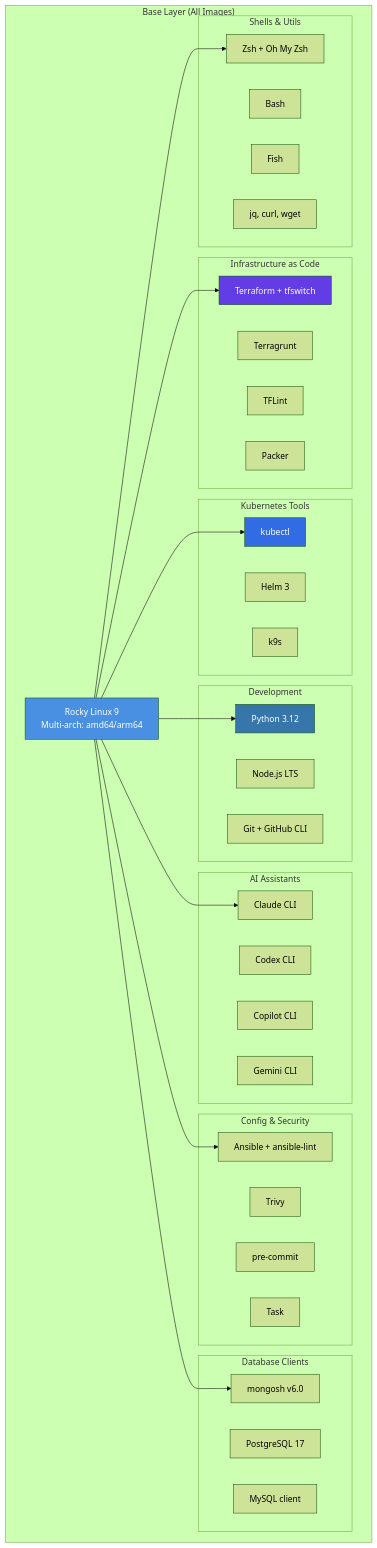
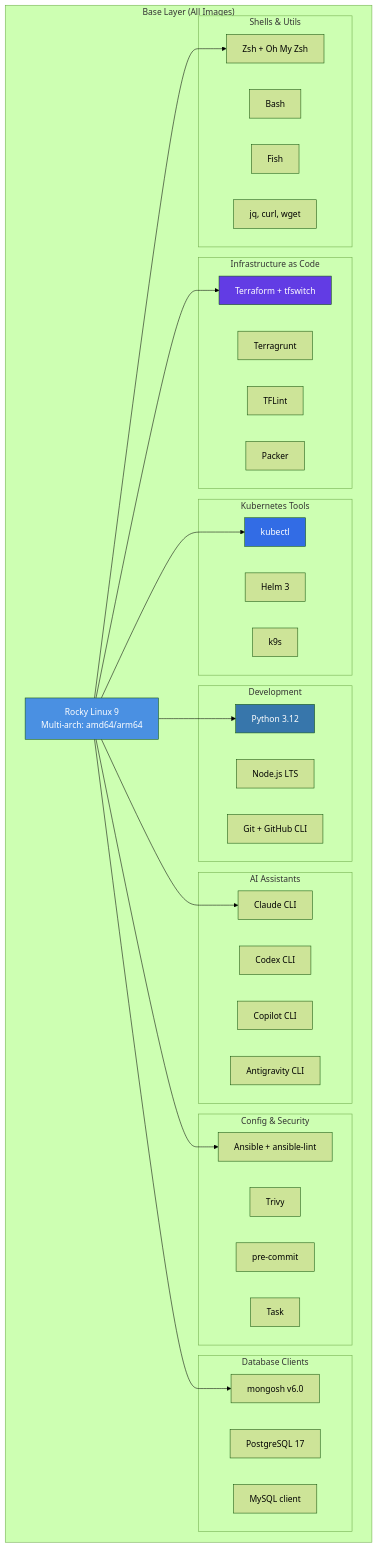
Before and after one commit to jinalshah/devops-images: the first of 3 diagrams in docs/architecture/index.md, drawn with Mermaid (forest theme). The commit also changed other lines of this file and 16 other files, not shown here.

Commit message:
Add nmap and antigravity cli

````diff
--- a/docs/architecture/index.md
+++ b/docs/architecture/index.md
@@ -11,59 +11,59 @@
 ```mermaid
 graph TB
     subgraph "Base Layer (All Images)"
         RL[Rocky Linux 9<br/>Multi-arch: amd64/arm64]
 
         subgraph "Infrastructure as Code"
             TF[Terraform + tfswitch]
             TG[Terragrunt]
             TFL[TFLint]
             PK[Packer]
         end
 
         subgraph "Kubernetes Tools"
             KB[kubectl]
             HM[Helm 3]
             K9[k9s]
         end
 
         subgraph "Development"
             PY[Python 3.12]
             ND[Node.js LTS]
             GT[Git + GitHub CLI]
         end
 
         subgraph "AI Assistants"
             CL[Claude CLI]
             CD[Codex CLI]
             CP[Copilot CLI]
-            GM[Gemini CLI]
+            GM[Antigravity CLI]
         end
 
         subgraph "Config & Security"
             AN[Ansible + ansible-lint]
             TR[Trivy]
             PC[pre-commit]
             TS[Task]
         end
 
         subgraph "Database Clients"
             MG[mongosh v6.0]
             PG[PostgreSQL 17]
             MY[MySQL client]
         end
 
         subgraph "Shells & Utils"
             ZS[Zsh + Oh My Zsh]
             BS[Bash]
             FS[Fish]
             JQ[jq, curl, wget]
         end
 
         RL --> TF & KB & PY & CL & AN & MG & ZS
     end
 
     style RL fill:#4A90E2,color:#fff
     style TF fill:#623CE4,color:#fff
     style KB fill:#326CE5,color:#fff
     style PY fill:#3776AB,color:#fff
 ```
````
